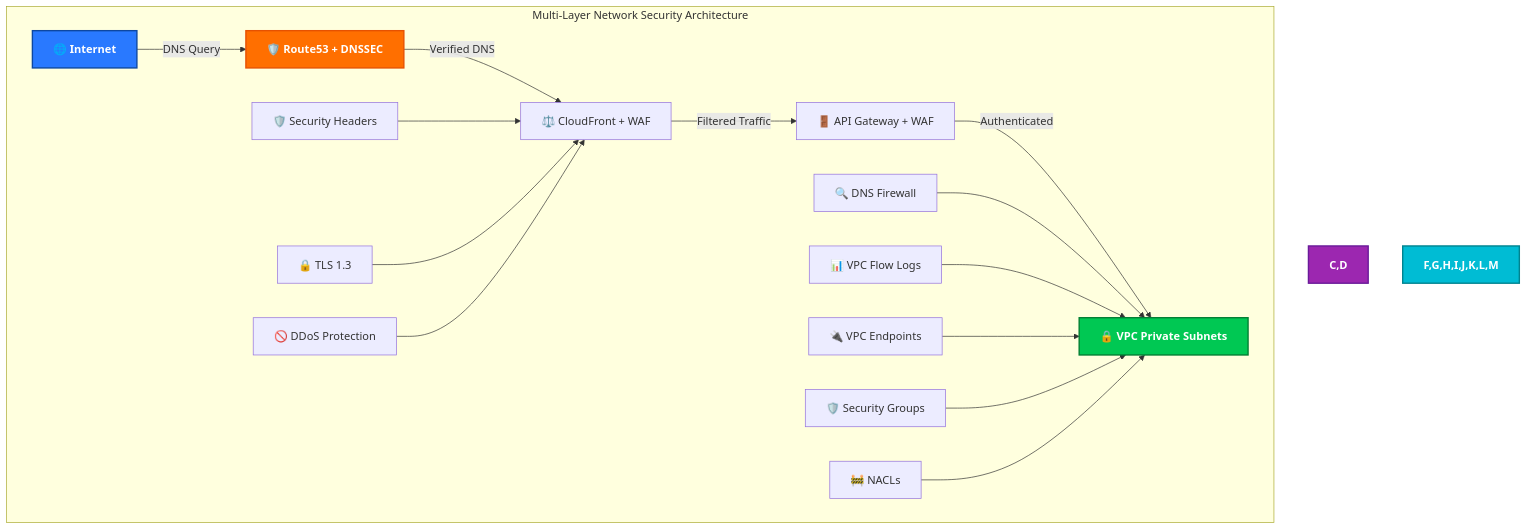
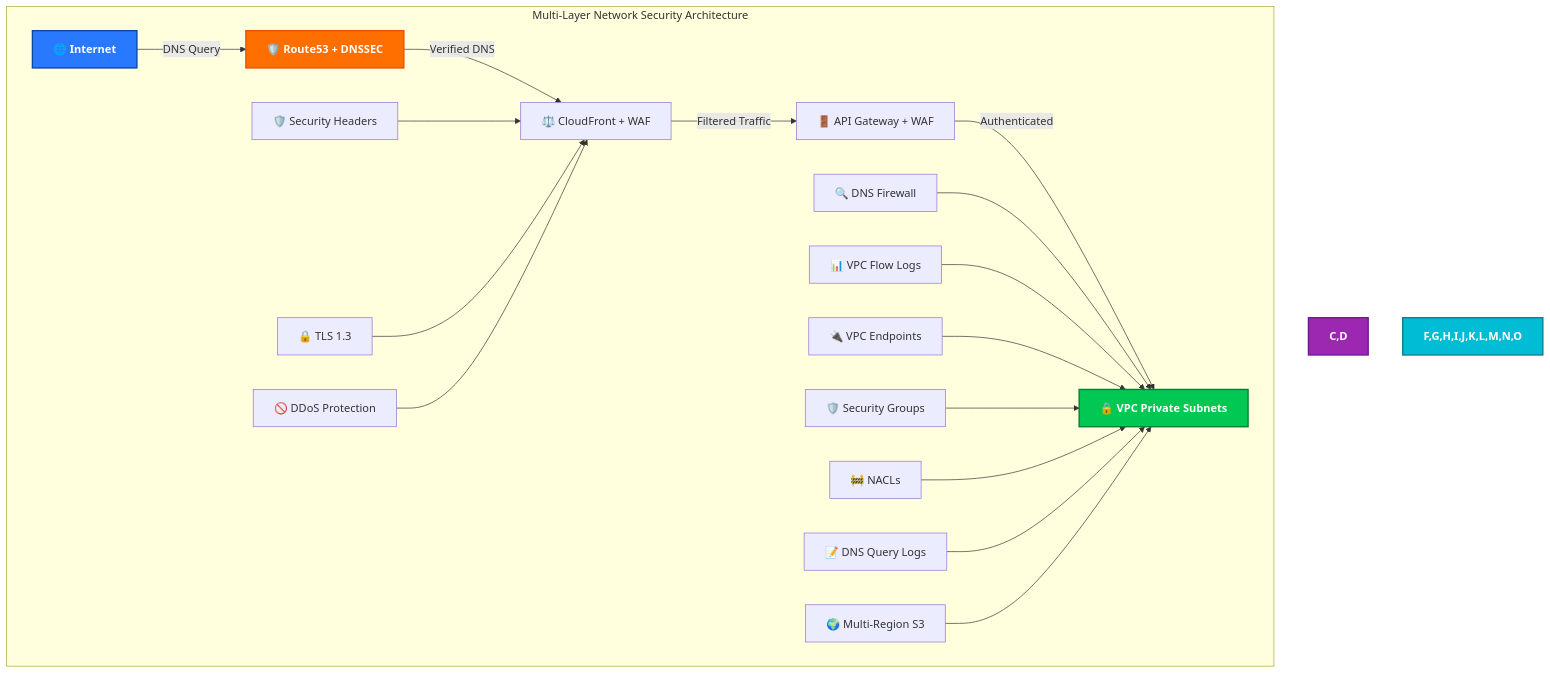
The fifth of 20 diagrams in FUTURE_SECURITY_ARCHITECTURE.md (Hack23/blacktrigram), drawn with Mermaid before and after one commit. The commit also changed other lines of this file, not shown here.

Commit message:
docs: enhance Future Security Architecture with DNS Firewall and Multi-Region S3 details

````diff
--- a/FUTURE_SECURITY_ARCHITECTURE.md
+++ b/FUTURE_SECURITY_ARCHITECTURE.md
@@ -308,24 +308,26 @@
 ```mermaid
 graph TD
     subgraph "Multi-Layer Network Security Architecture"
         A[🌐 Internet] -->|"DNS Query"| B[🛡️ Route53 + DNSSEC]
         B -->|"Verified DNS"| C[⚖️ CloudFront + WAF]
         C -->|"Filtered Traffic"| D[🚪 API Gateway + WAF]
         D -->|"Authenticated"| E[🔒 VPC Private Subnets]
 
         F[🛡️ Security Headers] --> C
         G[🔒 TLS 1.3] --> C
         H[🚫 DDoS Protection] --> C
         I[🔍 DNS Firewall] --> E
         J[📊 VPC Flow Logs] --> E
         K[🔌 VPC Endpoints] --> E
         L[🛡️ Security Groups] --> E
         M[🚧 NACLs] --> E
+        N[📝 DNS Query Logs] --> E
+        O[🌍 Multi-Region S3] --> E
     end
 
     style A fill:#2979FF,stroke:#0D47A1,stroke-width:2px,color:white,font-weight:bold
     style B fill:#FF6F00,stroke:#E65100,stroke-width:2px,color:white,font-weight:bold
     style C,D fill:#9C27B0,stroke:#6A1B9A,stroke-width:2px,color:white,font-weight:bold
     style E fill:#00C853,stroke:#007E33,stroke-width:2px,color:white,font-weight:bold
-    style F,G,H,I,J,K,L,M fill:#00BCD4,stroke:#00838F,stroke-width:2px,color:white,font-weight:bold
+    style F,G,H,I,J,K,L,M,N,O fill:#00BCD4,stroke:#00838F,stroke-width:2px,color:white,font-weight:bold
 ```
````
